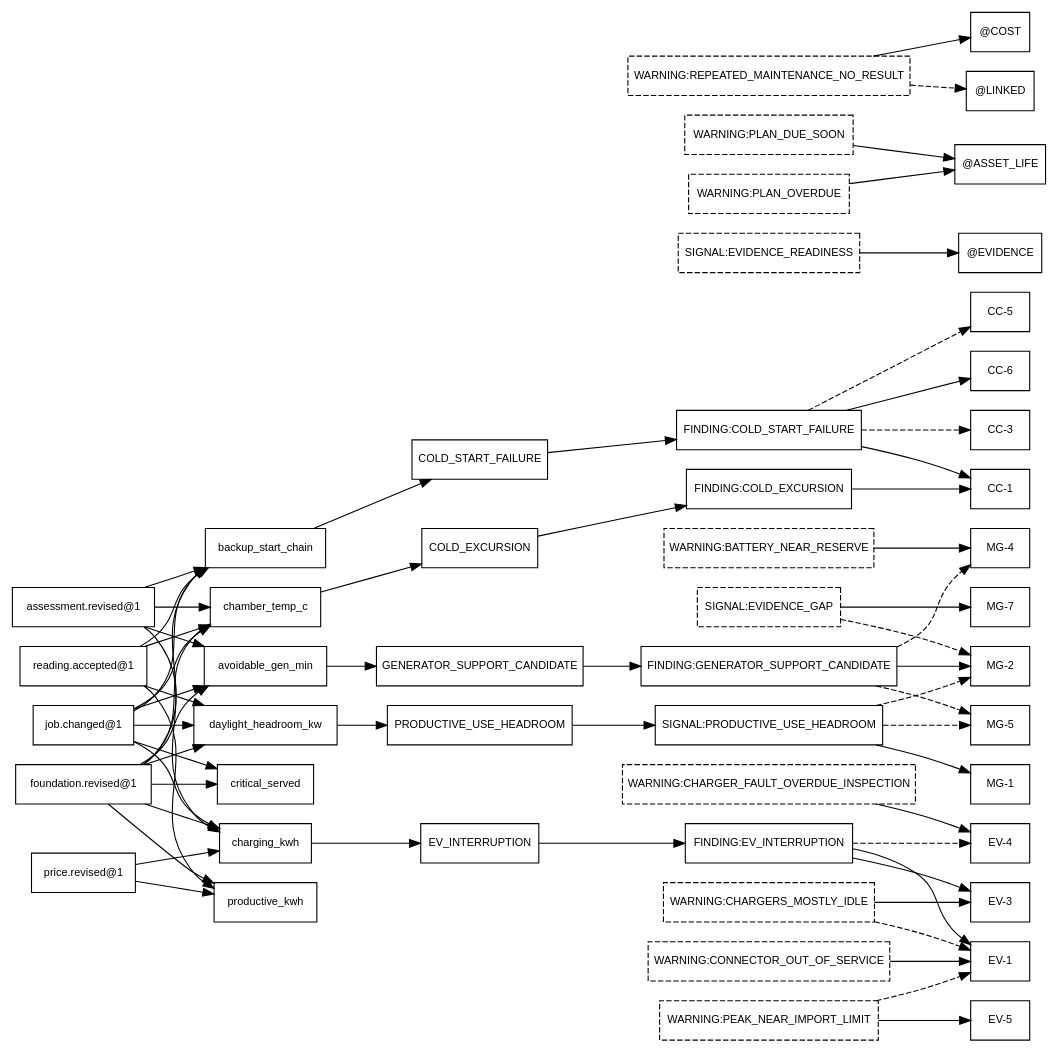
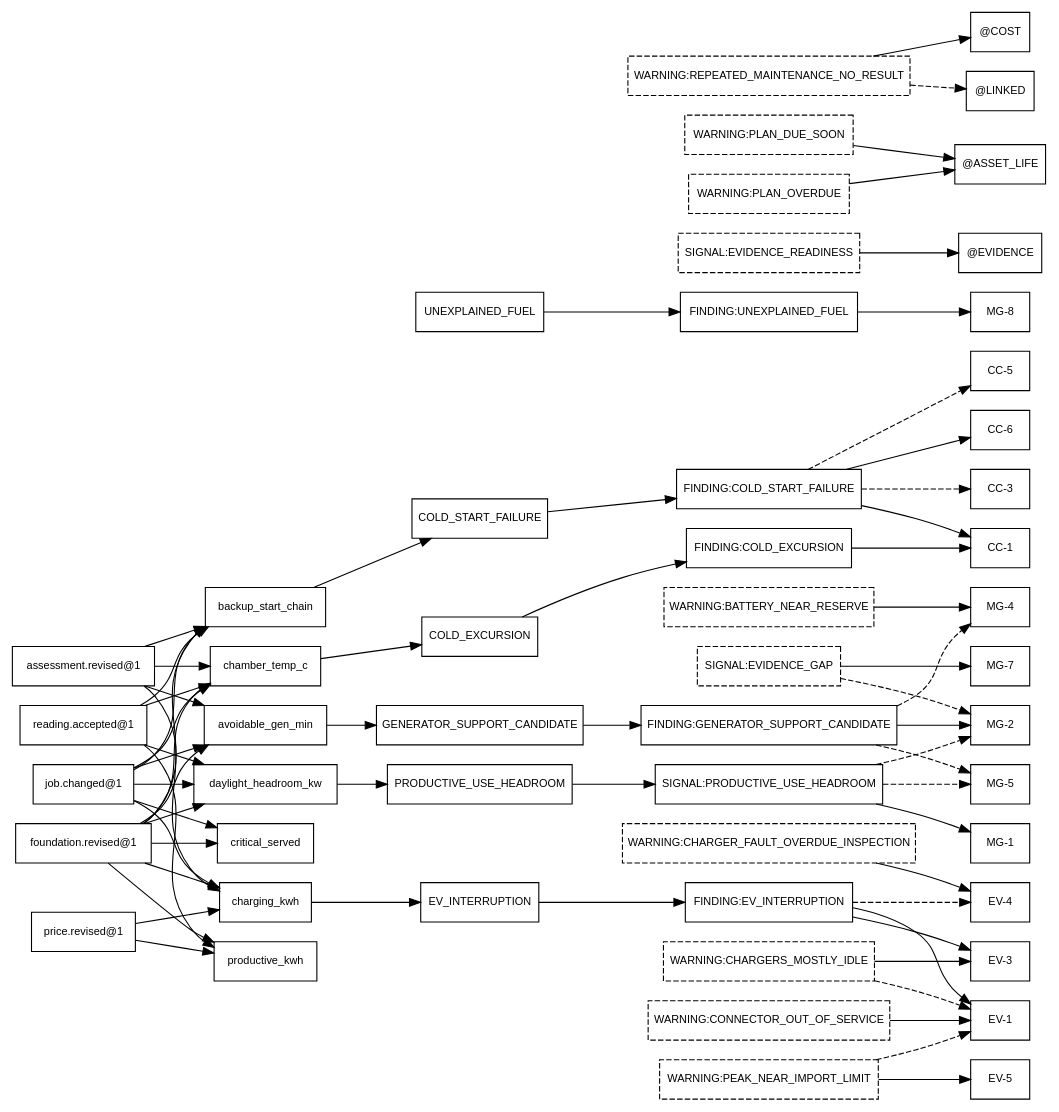
The diagram in Docs/demo-sprint/chain-graph.dot (bineyame/AssetOpsV1), drawn with Graphviz before and after one commit. The commit also changed 23 other files, not shown here.

Commit message:
DIESEL-K4b part 1: MG-8 Fuel accounted for (Kobo N/A), UNEXPLAINED_FUEL declared with no clean-day measure, fuel Finding on Protect (issue, thread line, no countdown), dispatch-only lead, Protect node and Portfolio fuel lines never summed, SITES_DISRUPTED exclusion, UF1, KIS-8a

```diff
--- a/Docs/demo-sprint/chain-graph.dot
+++ b/Docs/demo-sprint/chain-graph.dot
@@ -1,125 +1,130 @@
 // Generated by `python -m assetops_backend.chain.graph dot`. Do not edit.
 digraph chain {
   rankdir=LR;
   node [shape=box, fontname="Helvetica", fontsize=10];
   subgraph col0 { rank=same;
     "assessment.revised@1" [label="assessment.revised@1"];
     "foundation.revised@1" [label="foundation.revised@1"];
     "job.changed@1" [label="job.changed@1"];
     "price.revised@1" [label="price.revised@1"];
     "reading.accepted@1" [label="reading.accepted@1"];
   }
   subgraph col1 { rank=same;
     "measure:avoidable_gen_min" [label="avoidable_gen_min"];
     "measure:backup_start_chain" [label="backup_start_chain"];
     "measure:chamber_temp_c" [label="chamber_temp_c"];
     "measure:charging_kwh" [label="charging_kwh"];
     "measure:critical_served" [label="critical_served"];
     "measure:daylight_headroom_kw" [label="daylight_headroom_kw"];
     "measure:productive_kwh" [label="productive_kwh"];
   }
   subgraph col2 { rank=same;
     "mech:COLD_EXCURSION" [label="COLD_EXCURSION"];
     "mech:COLD_START_FAILURE" [label="COLD_START_FAILURE"];
     "mech:EV_INTERRUPTION" [label="EV_INTERRUPTION"];
     "mech:GENERATOR_SUPPORT_CANDIDATE" [label="GENERATOR_SUPPORT_CANDIDATE"];
     "mech:PRODUCTIVE_USE_HEADROOM" [label="PRODUCTIVE_USE_HEADROOM"];
+    "mech:UNEXPLAINED_FUEL" [label="UNEXPLAINED_FUEL"];
   }
   subgraph col3 { rank=same;
     "key:FINDING:COLD_EXCURSION" [label="FINDING:COLD_EXCURSION"];
     "key:FINDING:COLD_START_FAILURE" [label="FINDING:COLD_START_FAILURE"];
     "key:FINDING:EV_INTERRUPTION" [label="FINDING:EV_INTERRUPTION"];
     "key:FINDING:GENERATOR_SUPPORT_CANDIDATE" [label="FINDING:GENERATOR_SUPPORT_CANDIDATE"];
+    "key:FINDING:UNEXPLAINED_FUEL" [label="FINDING:UNEXPLAINED_FUEL"];
     "key:SIGNAL:EVIDENCE_GAP" [label="SIGNAL:EVIDENCE_GAP", style=dashed];
     "key:SIGNAL:EVIDENCE_READINESS" [label="SIGNAL:EVIDENCE_READINESS", style=dashed];
     "key:SIGNAL:PRODUCTIVE_USE_HEADROOM" [label="SIGNAL:PRODUCTIVE_USE_HEADROOM"];
     "key:WARNING:BATTERY_NEAR_RESERVE" [label="WARNING:BATTERY_NEAR_RESERVE", style=dashed];
     "key:WARNING:CHARGERS_MOSTLY_IDLE" [label="WARNING:CHARGERS_MOSTLY_IDLE", style=dashed];
     "key:WARNING:CHARGER_FAULT_OVERDUE_INSPECTION" [label="WARNING:CHARGER_FAULT_OVERDUE_INSPECTION", style=dashed];
     "key:WARNING:CONNECTOR_OUT_OF_SERVICE" [label="WARNING:CONNECTOR_OUT_OF_SERVICE", style=dashed];
     "key:WARNING:PEAK_NEAR_IMPORT_LIMIT" [label="WARNING:PEAK_NEAR_IMPORT_LIMIT", style=dashed];
     "key:WARNING:PLAN_DUE_SOON" [label="WARNING:PLAN_DUE_SOON", style=dashed];
     "key:WARNING:PLAN_OVERDUE" [label="WARNING:PLAN_OVERDUE", style=dashed];
     "key:WARNING:REPEATED_MAINTENANCE_NO_RESULT" [label="WARNING:REPEATED_MAINTENANCE_NO_RESULT", style=dashed];
   }
   subgraph col4 { rank=same;
     "out:@ASSET_LIFE" [label="@ASSET_LIFE"];
     "out:@COST" [label="@COST"];
     "out:@EVIDENCE" [label="@EVIDENCE"];
     "out:@LINKED" [label="@LINKED"];
     "out:CC-1" [label="CC-1"];
     "out:CC-3" [label="CC-3"];
     "out:CC-5" [label="CC-5"];
     "out:CC-6" [label="CC-6"];
     "out:EV-1" [label="EV-1"];
     "out:EV-3" [label="EV-3"];
     "out:EV-4" [label="EV-4"];
     "out:EV-5" [label="EV-5"];
     "out:MG-1" [label="MG-1"];
     "out:MG-2" [label="MG-2"];
     "out:MG-4" [label="MG-4"];
     "out:MG-5" [label="MG-5"];
     "out:MG-7" [label="MG-7"];
+    "out:MG-8" [label="MG-8"];
   }
   "assessment.revised@1" -> "measure:avoidable_gen_min";
   "assessment.revised@1" -> "measure:backup_start_chain";
   "assessment.revised@1" -> "measure:chamber_temp_c";
   "assessment.revised@1" -> "measure:charging_kwh";
   "foundation.revised@1" -> "measure:avoidable_gen_min";
   "foundation.revised@1" -> "measure:backup_start_chain";
   "foundation.revised@1" -> "measure:chamber_temp_c";
   "foundation.revised@1" -> "measure:charging_kwh";
   "foundation.revised@1" -> "measure:critical_served";
   "foundation.revised@1" -> "measure:daylight_headroom_kw";
   "foundation.revised@1" -> "measure:productive_kwh";
   "job.changed@1" -> "measure:avoidable_gen_min";
   "job.changed@1" -> "measure:backup_start_chain";
   "job.changed@1" -> "measure:chamber_temp_c";
   "job.changed@1" -> "measure:charging_kwh";
   "job.changed@1" -> "measure:critical_served";
   "job.changed@1" -> "measure:daylight_headroom_kw";
   "key:FINDING:COLD_EXCURSION" -> "out:CC-1";
   "key:FINDING:COLD_START_FAILURE" -> "out:CC-1";
   "key:FINDING:COLD_START_FAILURE" -> "out:CC-3" [style=dashed];
   "key:FINDING:COLD_START_FAILURE" -> "out:CC-5" [style=dashed];
   "key:FINDING:COLD_START_FAILURE" -> "out:CC-6";
   "key:FINDING:EV_INTERRUPTION" -> "out:EV-1";
   "key:FINDING:EV_INTERRUPTION" -> "out:EV-3";
   "key:FINDING:EV_INTERRUPTION" -> "out:EV-4" [style=dashed];
   "key:FINDING:GENERATOR_SUPPORT_CANDIDATE" -> "out:MG-2";
   "key:FINDING:GENERATOR_SUPPORT_CANDIDATE" -> "out:MG-4" [style=dashed];
   "key:FINDING:GENERATOR_SUPPORT_CANDIDATE" -> "out:MG-5" [style=dashed];
+  "key:FINDING:UNEXPLAINED_FUEL" -> "out:MG-8";
   "key:SIGNAL:EVIDENCE_GAP" -> "out:MG-2" [style=dashed];
   "key:SIGNAL:EVIDENCE_GAP" -> "out:MG-7";
   "key:SIGNAL:EVIDENCE_READINESS" -> "out:@EVIDENCE";
   "key:SIGNAL:PRODUCTIVE_USE_HEADROOM" -> "out:MG-1";
   "key:SIGNAL:PRODUCTIVE_USE_HEADROOM" -> "out:MG-2" [style=dashed];
   "key:SIGNAL:PRODUCTIVE_USE_HEADROOM" -> "out:MG-5" [style=dashed];
   "key:WARNING:BATTERY_NEAR_RESERVE" -> "out:MG-4";
   "key:WARNING:CHARGERS_MOSTLY_IDLE" -> "out:EV-1" [style=dashed];
   "key:WARNING:CHARGERS_MOSTLY_IDLE" -> "out:EV-3";
   "key:WARNING:CHARGER_FAULT_OVERDUE_INSPECTION" -> "out:EV-4";
   "key:WARNING:CONNECTOR_OUT_OF_SERVICE" -> "out:EV-1";
   "key:WARNING:PEAK_NEAR_IMPORT_LIMIT" -> "out:EV-1" [style=dashed];
   "key:WARNING:PEAK_NEAR_IMPORT_LIMIT" -> "out:EV-5";
   "key:WARNING:PLAN_DUE_SOON" -> "out:@ASSET_LIFE";
   "key:WARNING:PLAN_OVERDUE" -> "out:@ASSET_LIFE";
   "key:WARNING:REPEATED_MAINTENANCE_NO_RESULT" -> "out:@COST";
   "key:WARNING:REPEATED_MAINTENANCE_NO_RESULT" -> "out:@LINKED" [style=dashed];
   "measure:avoidable_gen_min" -> "mech:GENERATOR_SUPPORT_CANDIDATE";
   "measure:backup_start_chain" -> "mech:COLD_START_FAILURE";
   "measure:chamber_temp_c" -> "mech:COLD_EXCURSION";
   "measure:charging_kwh" -> "mech:EV_INTERRUPTION";
   "measure:daylight_headroom_kw" -> "mech:PRODUCTIVE_USE_HEADROOM";
   "mech:COLD_EXCURSION" -> "key:FINDING:COLD_EXCURSION";
   "mech:COLD_START_FAILURE" -> "key:FINDING:COLD_START_FAILURE";
   "mech:EV_INTERRUPTION" -> "key:FINDING:EV_INTERRUPTION";
   "mech:GENERATOR_SUPPORT_CANDIDATE" -> "key:FINDING:GENERATOR_SUPPORT_CANDIDATE";
   "mech:PRODUCTIVE_USE_HEADROOM" -> "key:SIGNAL:PRODUCTIVE_USE_HEADROOM";
+  "mech:UNEXPLAINED_FUEL" -> "key:FINDING:UNEXPLAINED_FUEL";
   "price.revised@1" -> "measure:charging_kwh";
   "price.revised@1" -> "measure:productive_kwh";
   "reading.accepted@1" -> "measure:backup_start_chain";
   "reading.accepted@1" -> "measure:chamber_temp_c";
   "reading.accepted@1" -> "measure:daylight_headroom_kw";
   "reading.accepted@1" -> "measure:productive_kwh";
 }
```
